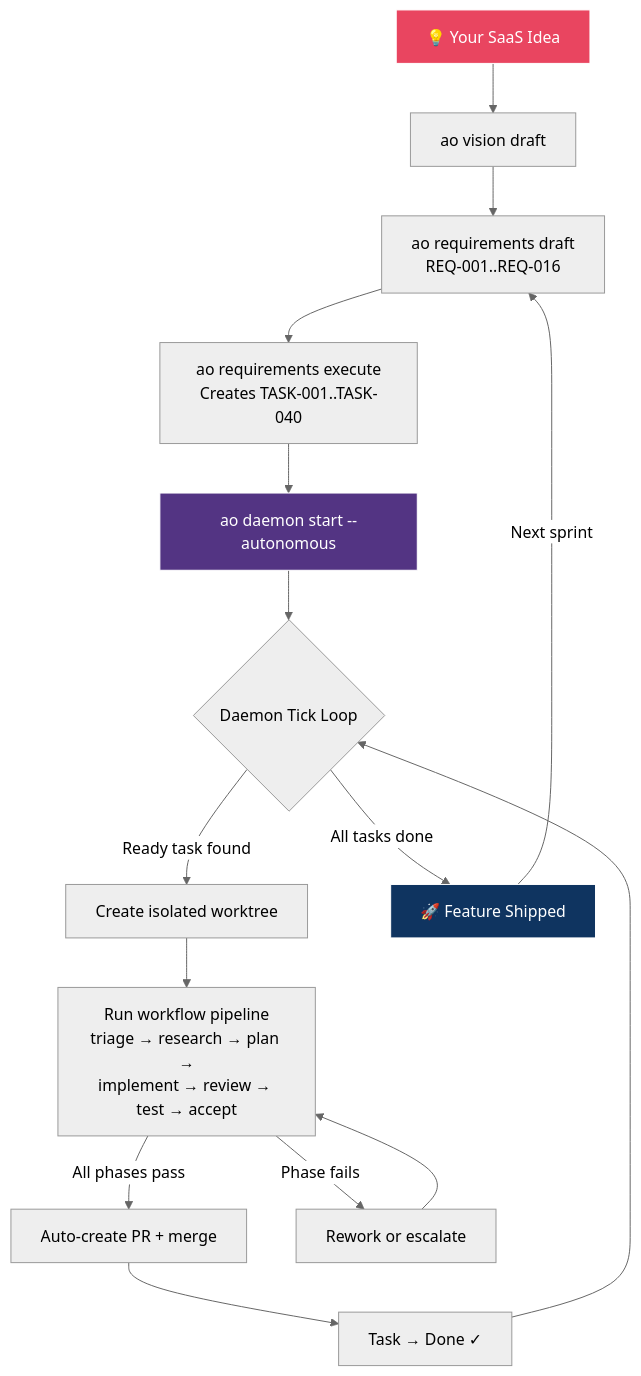
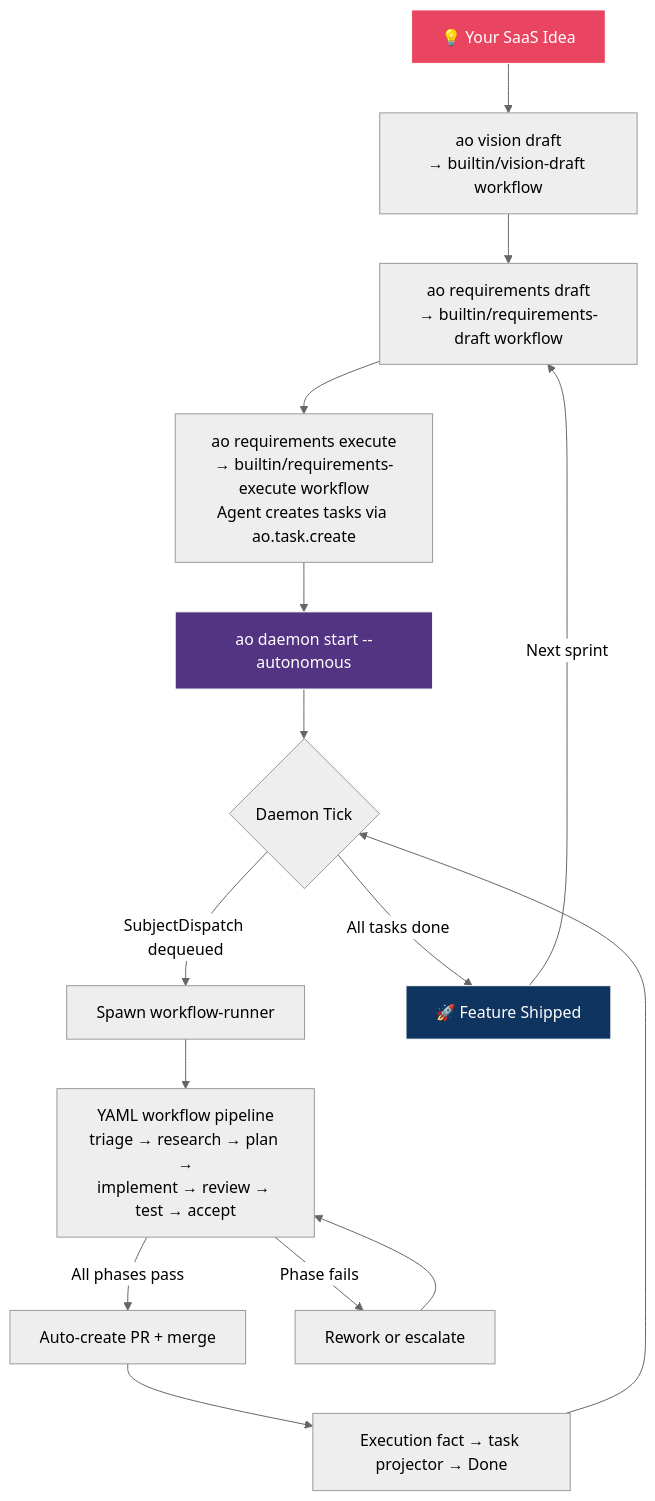
One commit to launchapp-dev/ao-cli changed diagram 12 of 12 in docs/how-ao-works.md. Above: the diagram before and after it, drawn with Mermaid (neutral theme). The commit also changed other lines of this file and 1 other file, not shown here.

First line of the commit message:
docs: define workflow-first CLI target architecture

````diff
--- a/docs/how-ao-works.md
+++ b/docs/how-ao-works.md
@@ -350,26 +494,26 @@
 ```mermaid
 flowchart TB
     IDEA["💡 Your SaaS Idea"]
-    --> VISION["ao vision draft"]
-    --> REQS["ao requirements draft<br/>REQ-001..REQ-016"]
-    --> EXECUTE["ao requirements execute<br/>Creates TASK-001..TASK-040"]
+    --> VISION["ao vision draft<br/>→ builtin/vision-draft workflow"]
+    --> REQS["ao requirements draft<br/>→ builtin/requirements-draft workflow"]
+    --> EXECUTE["ao requirements execute<br/>→ builtin/requirements-execute workflow<br/>Agent creates tasks via ao.task.create"]
     --> DAEMON["ao daemon start --autonomous"]
 
-    DAEMON --> LOOP{"Daemon Tick Loop"}
+    DAEMON --> LOOP{"Daemon Tick"}
 
-    LOOP -->|"Ready task found"| WORKTREE["Create isolated worktree"]
-    WORKTREE --> PIPELINE["Run workflow pipeline<br/>triage → research → plan →<br/>implement → review → test → accept"]
+    LOOP -->|"SubjectDispatch dequeued"| SPAWN["Spawn workflow-runner"]
+    SPAWN --> PIPELINE["YAML workflow pipeline<br/>triage → research → plan →<br/>implement → review → test → accept"]
     PIPELINE -->|"All phases pass"| PR["Auto-create PR + merge"]
     PIPELINE -->|"Phase fails"| REWORK["Rework or escalate"]
     REWORK --> PIPELINE
-    PR --> DONE["Task → Done ✓"]
+    PR --> DONE["Execution fact → task projector → Done"]
     DONE --> LOOP
 
     LOOP -->|"All tasks done"| SHIPPED["🚀 Feature Shipped"]
 
     SHIPPED -->|"Next sprint"| REQS
 
     style IDEA fill:#e94560,stroke:#fff,color:#fff
     style SHIPPED fill:#0f3460,stroke:#fff,color:#fff
     style DAEMON fill:#533483,stroke:#fff,color:#fff
 ```
````
